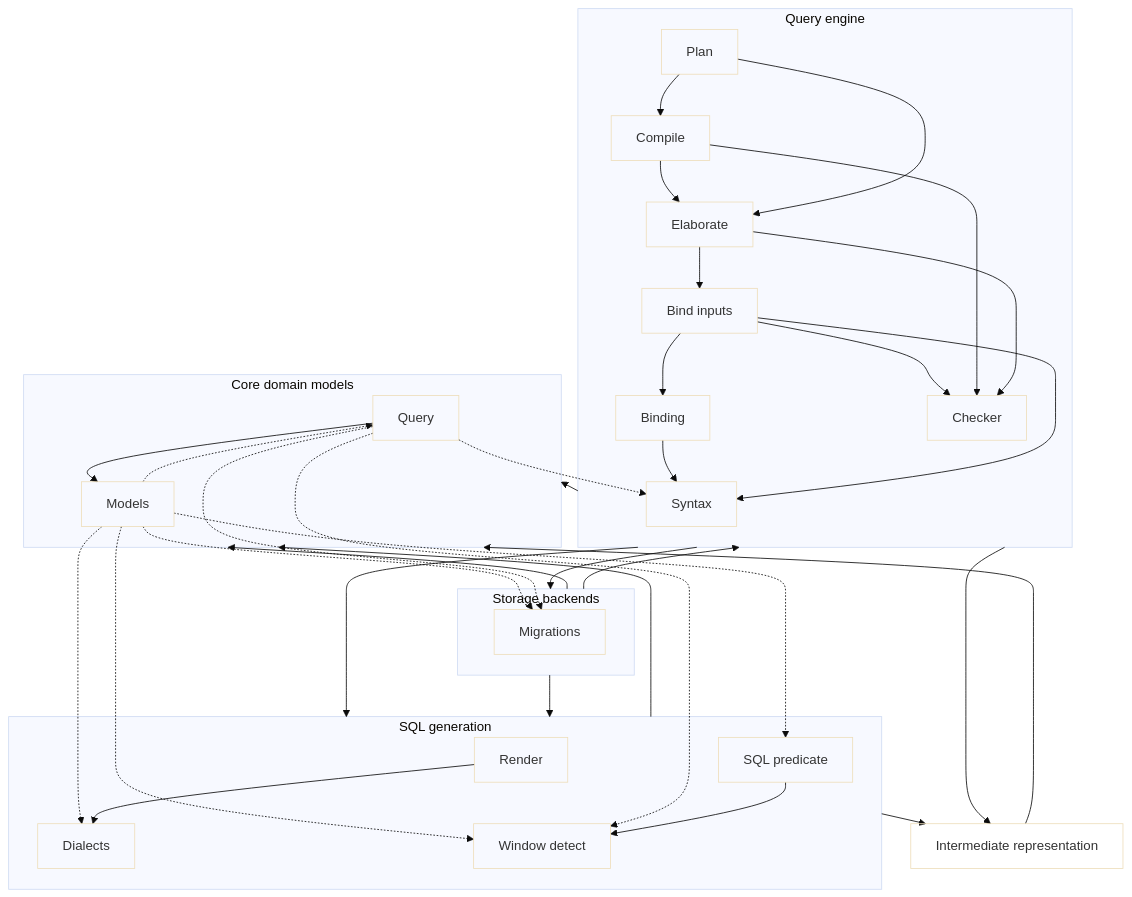
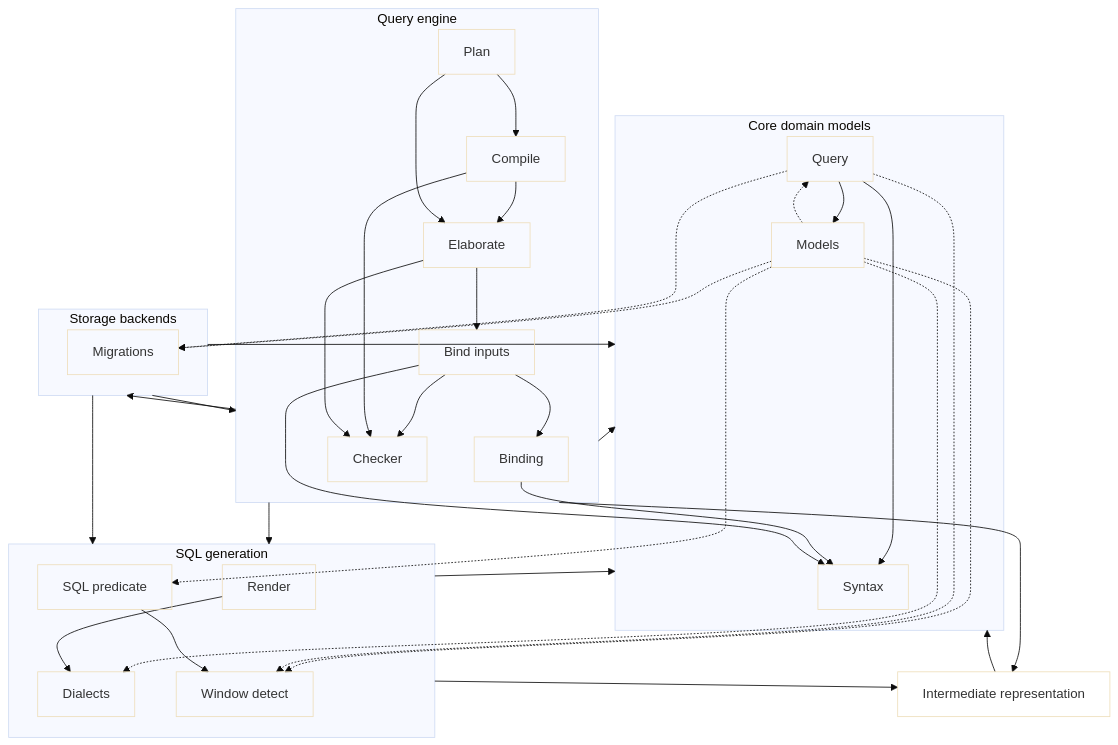
The first of 2 diagrams in architecture/engine.arc42.md (MotleyAI/slayer), drawn with Mermaid (base theme) before and after one commit. The commit also changed other lines of this file and 71 other files, not shown here.

First line of the commit message:
Move the Mode-B parser to slayer/core/syntax.py and the transform tables to core/enums.py

````diff
--- a/architecture/engine.arc42.md
+++ b/architecture/engine.arc42.md
@@ -15,60 +15,60 @@
 ```mermaid
 flowchart TD
   %% query_pipeline: Query pipeline
   subgraph core["Core domain models"]
     core__query["Query"]
     core__models["Models"]
+    core__syntax["Syntax"]
   end
   subgraph sql["SQL generation"]
     sql__render["Render"]
     sql__dialects["Dialects"]
     sql__sql_predicate["SQL predicate"]
     sql__window_detect["Window detect"]
   end
   subgraph engine["Query engine"]
-    engine__syntax["Syntax"]
     engine__binding["Binding"]
     engine__bind_inputs["Bind inputs"]
     engine__elaborate_env["Checker"]
     engine__elaborate["Elaborate"]
     engine__compile["Compile"]
     engine__plan["Plan"]
   end
   ir["Intermediate representation"]
   subgraph storage["Storage backends"]
     storage__migrations["Migrations"]
   end
-  core__query -.-> engine__syntax
   core__models -.-> sql__dialects
   core__models -.-> sql__sql_predicate
   core__models -.-> sql__window_detect
   core__query -.-> sql__window_detect
   core__models -.-> storage__migrations
   core__query -.-> storage__migrations
   core__models -.-> core__query
   core__query --> core__models
+  core__query --> core__syntax
   sql__render --> sql__dialects
   sql__sql_predicate --> sql__window_detect
-  engine__binding --> engine__syntax
+  engine__binding --> core__syntax
   engine__bind_inputs --> engine__binding
   engine__bind_inputs --> engine__elaborate_env
-  engine__bind_inputs --> engine__syntax
+  engine__bind_inputs --> core__syntax
   engine__compile --> engine__elaborate
   engine__compile --> engine__elaborate_env
   engine__elaborate --> engine__bind_inputs
   engine__elaborate --> engine__elaborate_env
   engine__plan --> engine__compile
   engine__plan --> engine__elaborate
   engine --> core
   engine --> ir
   engine --> sql
   engine --> storage
   ir --> core
   sql --> core
   sql --> ir
   storage --> core
   storage --> engine
   storage --> sql
   classDef leaf fill:none;
-  class core__query,core__models,sql__render,sql__dialects,sql__sql_predicate,sql__window_detect,engine__syntax,engine__binding,engine__bind_inputs,engine__elaborate_env,engine__elaborate,engine__compile,engine__plan,ir,storage__migrations leaf;
+  class core__query,core__models,core__syntax,sql__render,sql__dialects,sql__sql_predicate,sql__window_detect,engine__binding,engine__bind_inputs,engine__elaborate_env,engine__elaborate,engine__compile,engine__plan,ir,storage__migrations leaf;
 ```
````
